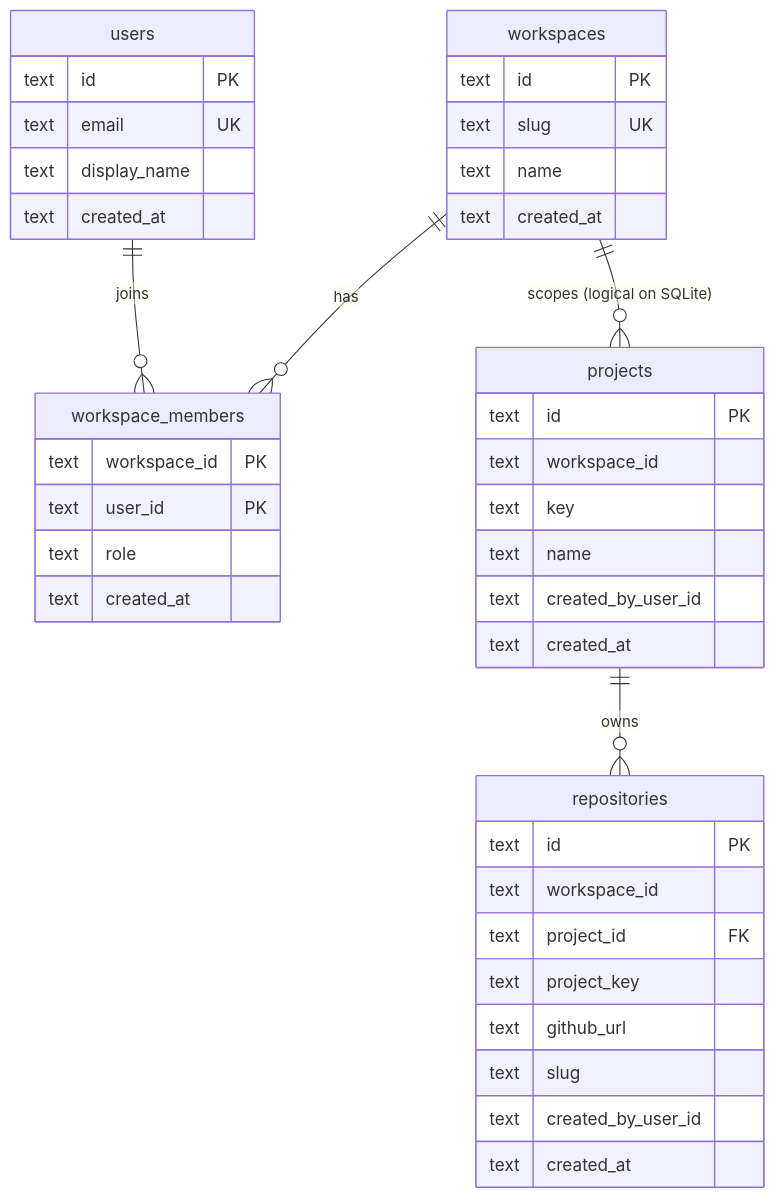
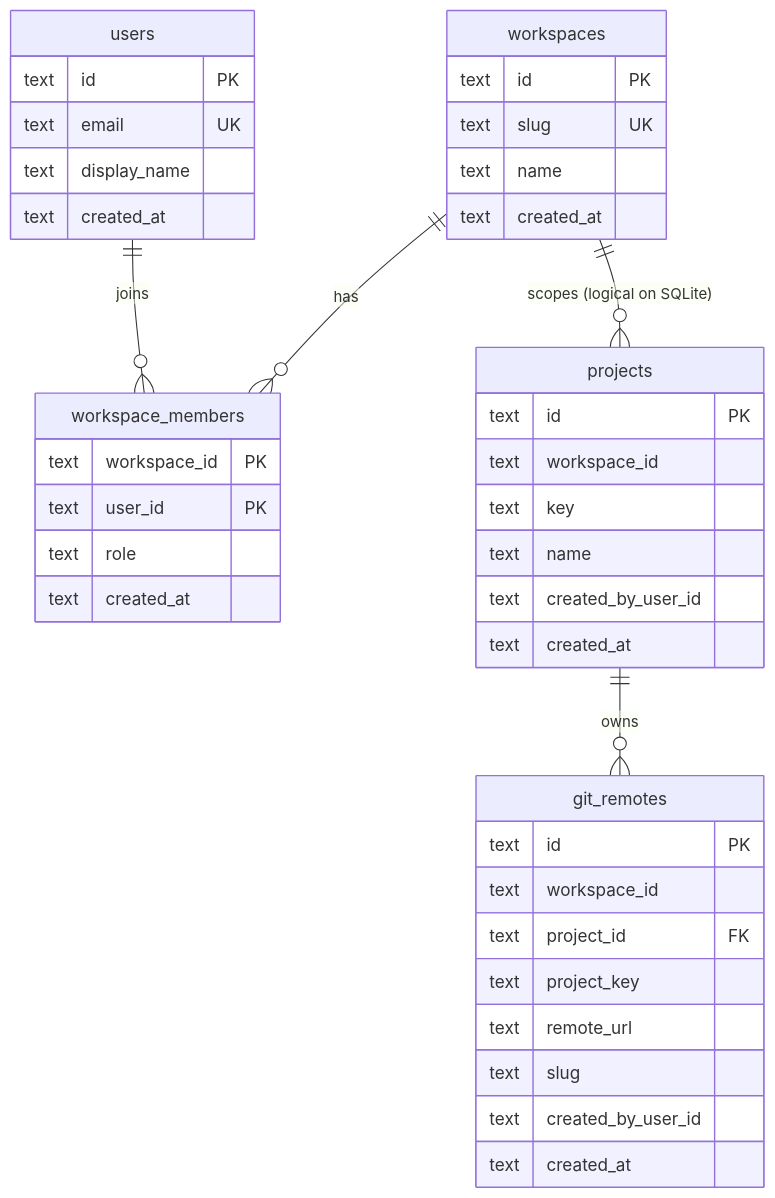
Before and after one commit to difflab-io/difflab: the third of 3 diagrams in docs/architecture/difflab-db/index.md, drawn with Mermaid. The commit also changed other lines of this file and 88 other files, not shown here.

````diff
--- a/docs/architecture/difflab-db/index.md
+++ b/docs/architecture/difflab-db/index.md
@@ -59,44 +62,44 @@
 ```mermaid
 erDiagram
   workspaces ||--o{ workspace_members : "has"
   users ||--o{ workspace_members : "joins"
   workspaces ||--o{ projects : "scopes (logical on SQLite)"
-  projects ||--o{ repositories : "owns"
+  projects ||--o{ git_remotes : "owns"
 
   projects {
     text id PK
     text workspace_id
     text key
     text name
     text created_by_user_id
     text created_at
   }
-  repositories {
+  git_remotes {
     text id PK
     text workspace_id
     text project_id FK
     text project_key
-    text github_url
+    text remote_url
     text slug
     text created_by_user_id
     text created_at
   }
   workspaces {
     text id PK
     text slug UK
     text name
     text created_at
   }
   users {
     text id PK
     text email UK
     text display_name
     text created_at
   }
   workspace_members {
     text workspace_id PK
     text user_id PK
     text role
     text created_at
   }
 ```
````
